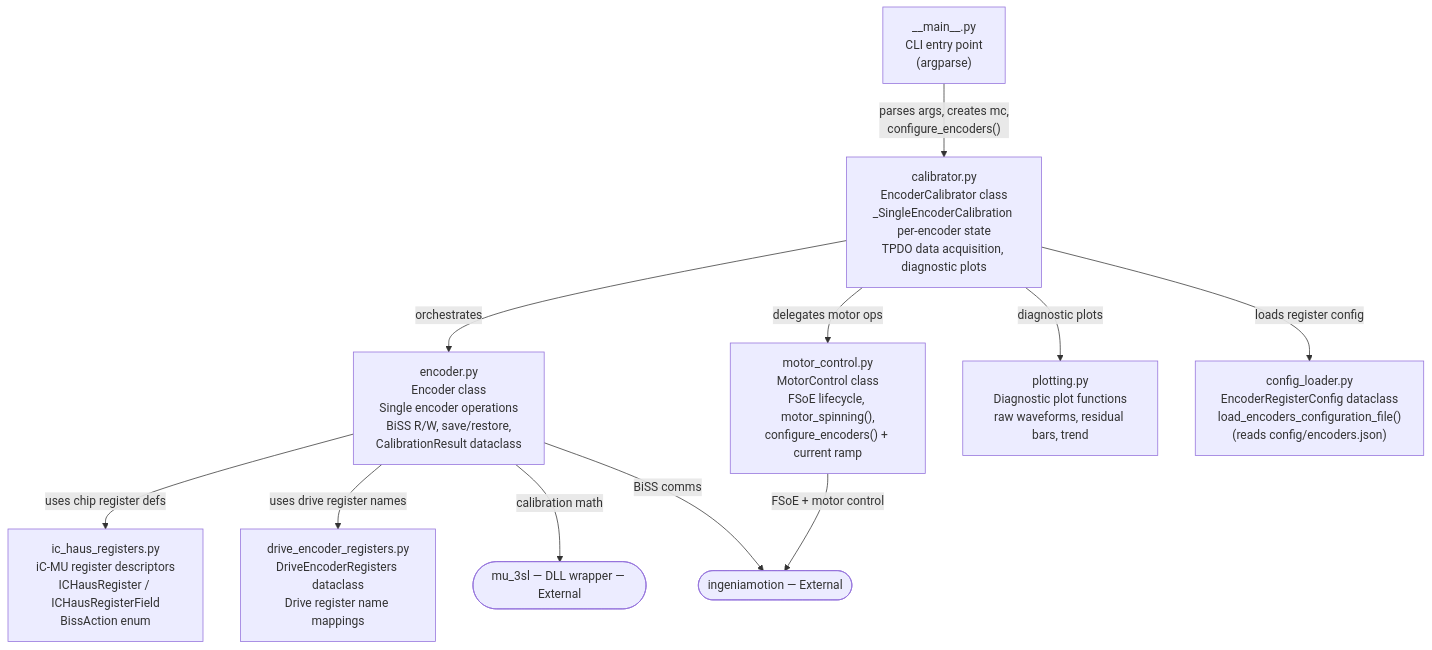
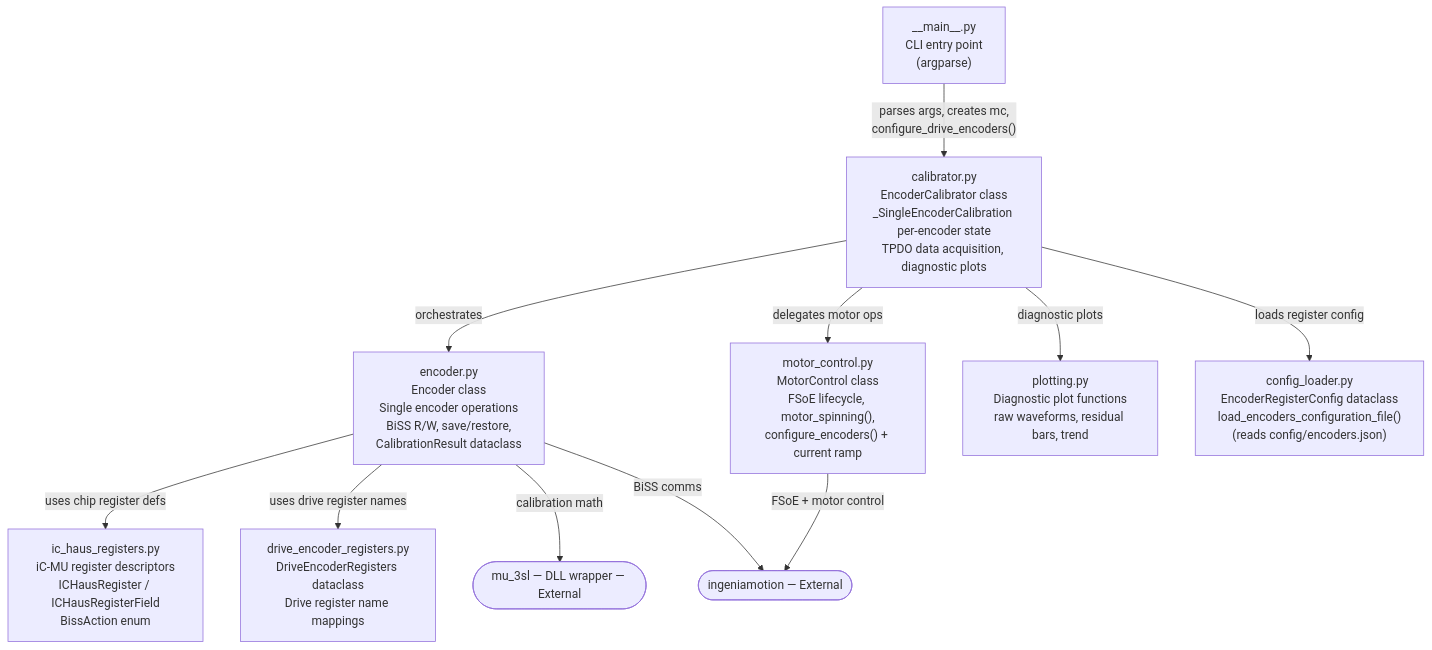
The first of 3 diagrams in architecture.md (ingeniamc/iC-Haus-magnetic-encoder-calibration), drawn with Mermaid before and after one commit. The commit also changed other lines of this file and 1 other file, not shown here.

Commit message:
Update README and architecture.

````diff
--- a/architecture.md
+++ b/architecture.md
@@ -166,25 +166,25 @@
 ```mermaid
 flowchart TD
     MAIN["__main__.py<br/>CLI entry point<br/>(argparse)"]
     ICREG["ic_haus_registers.py<br/>iC-MU register descriptors<br/>ICHausRegister / ICHausRegisterField<br/>BissAction enum"]
     DRVREG["drive_encoder_registers.py<br/>DriveEncoderRegisters dataclass<br/>Drive register name mappings"]
     CFG["config_loader.py<br/>EncoderRegisterConfig dataclass<br/>load_encoders_configuration_file()<br/>(reads config/encoders.json)"]
     ENC["encoder.py<br/>Encoder class<br/>Single encoder operations<br/>BiSS R/W, save/restore,<br/>CalibrationResult dataclass"]
     MOT["motor_control.py<br/>MotorControl class<br/>FSoE lifecycle, motor_spinning(),<br/>configure_encoders() + current ramp"]
     CAL["calibrator.py<br/>EncoderCalibrator class<br/>_SingleEncoderCalibration per-encoder state<br/>TPDO data acquisition, diagnostic plots"]
     PLOT["plotting.py<br/>Diagnostic plot functions<br/>raw waveforms, residual bars, trend"]
 
     MU([mu_3sl — DLL wrapper — External])
     IM([ingeniamotion — External])
 
-    MAIN -->|"parses args, creates mc,<br/>configure_encoders()"| CAL
+    MAIN -->|"parses args, creates mc,<br/>configure_drive_encoders()"| CAL
     CAL -->|"orchestrates"| ENC
     CAL -->|"delegates motor ops"| MOT
     CAL -->|"diagnostic plots"| PLOT
     CAL -->|"loads register config"| CFG
     MOT -->|"FSoE + motor control"| IM
     ENC -->|"uses chip register defs"| ICREG
     ENC -->|"uses drive register names"| DRVREG
     ENC -->|"calibration math"| MU
     ENC -->|"BiSS comms"| IM
 ```
````
